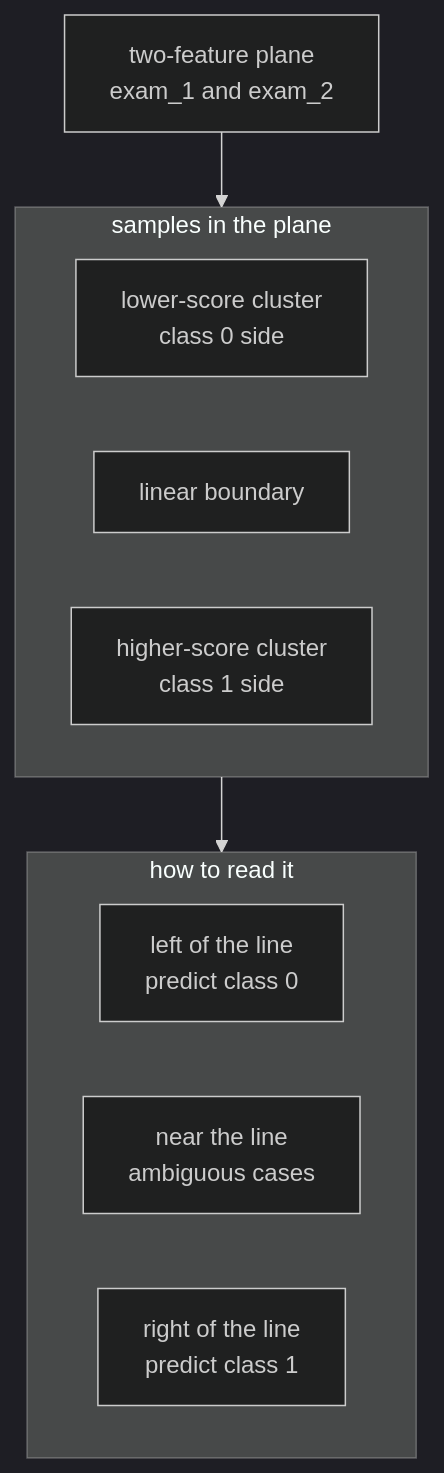
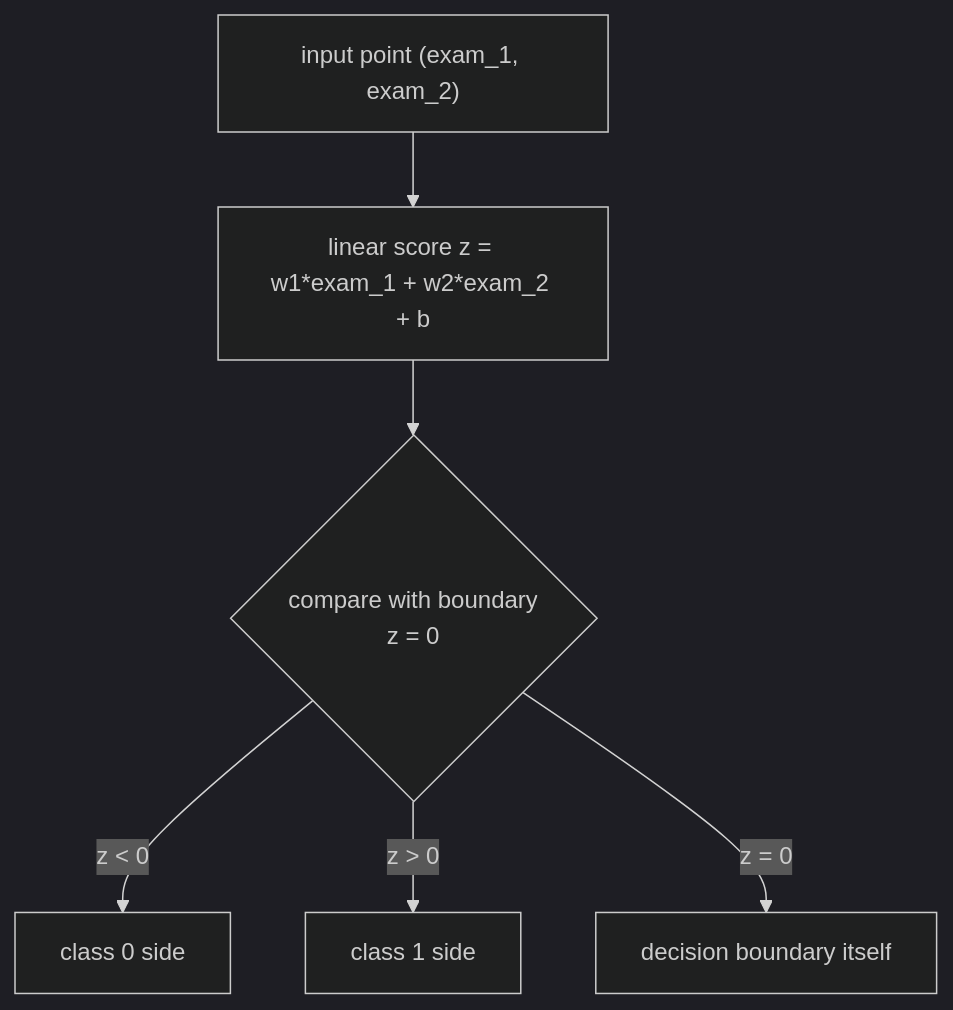
The second of 4 diagrams in docs/parts/part-03/chapter-11/section-02.md (devchan64/AiBook), drawn with Mermaid (dark theme) before and after one commit. The commit also changed other lines of this file and 1 other file, not shown here.

Commit message:
docs(part-03): refine decision boundary and kernel explanations

````diff
--- a/docs/parts/part-03/chapter-11/section-02.md
+++ b/docs/parts/part-03/chapter-11/section-02.md
@@ -112,21 +127,9 @@
 ```mermaid
 flowchart TD
-  A["two-feature plane<br/>exam_1 and exam_2"]
-  A --> B
-
-  subgraph B["samples in the plane"]
-    direction LR
-    P1["lower-score cluster<br/>class 0 side"]
-    S["linear boundary"]
-    P2["higher-score cluster<br/>class 1 side"]
-  end
-
-  B --> C
-
-  subgraph C["how to read it"]
-    direction LR
-    C1["left of the line<br/>predict class 0"]
-    C2["near the line<br/>ambiguous cases"]
-    C3["right of the line<br/>predict class 1"]
-  end
+  A["input point (exam_1, exam_2)"]
+  A --> B["linear score z = w1*exam_1 + w2*exam_2 + b"]
+  B --> C{"compare with boundary<br/>z = 0"}
+  C -->|z < 0| D["class 0 side"]
+  C -->|z > 0| E["class 1 side"]
+  C -->|z = 0| F["decision boundary itself"]
 ```
````
